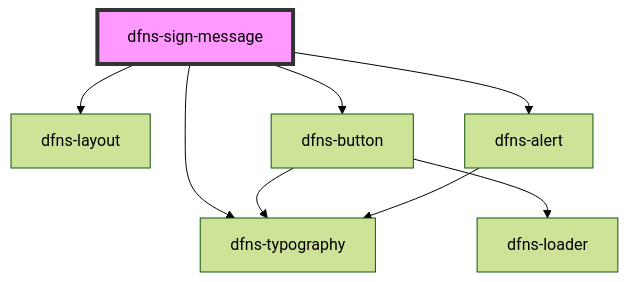
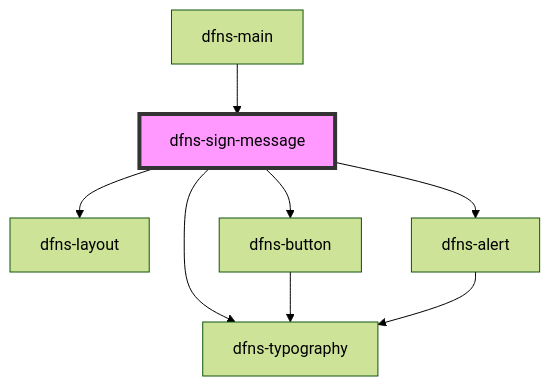
Before and after one commit to dfnsext/web-ui: the diagram in src/components/Pages/dfns-sign-message/readme.md, drawn with Mermaid (forest theme). The commit also changed other lines of this file and 23 other files, not shown here.

````diff
--- a/src/components/Pages/dfns-sign-message/readme.md
+++ b/src/components/Pages/dfns-sign-message/readme.md
@@ -38,11 +42,11 @@
 ```mermaid
 graph TD;
   dfns-sign-message --> dfns-layout
   dfns-sign-message --> dfns-typography
   dfns-sign-message --> dfns-button
   dfns-sign-message --> dfns-alert
   dfns-button --> dfns-typography
-  dfns-button --> dfns-loader
   dfns-alert --> dfns-typography
+  dfns-main --> dfns-sign-message
   style dfns-sign-message fill:#f9f,stroke:#333,stroke-width:4px
 ```
````
